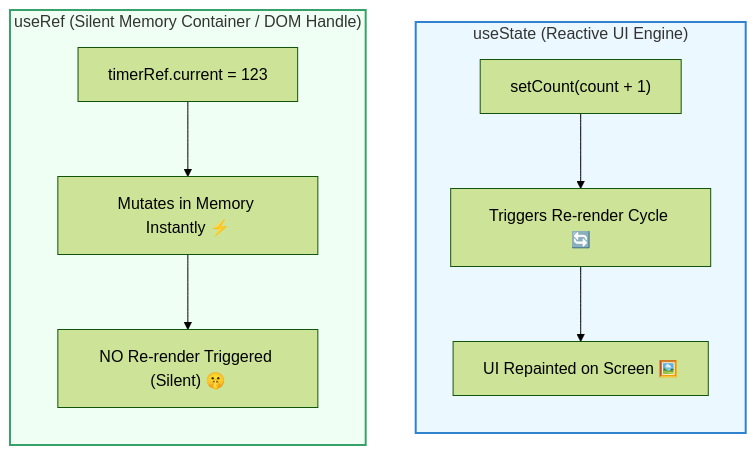
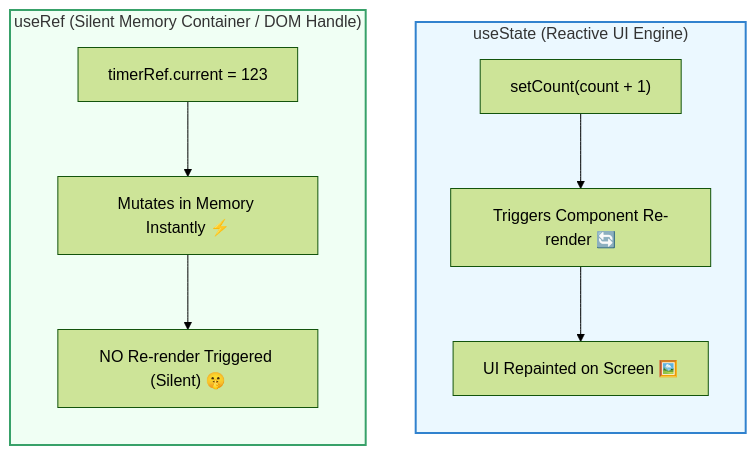
The diagram in src/courses/react/module-8-performance-patterns/03-useref-dom-actions.mdx (Ari-ICU/full-stack-short-coures), drawn with Mermaid (forest theme) before and after one commit. The commit also changed other lines of this file and 2 other files, not shown here.

````diff
--- a/src/courses/react/module-8-performance-patterns/03-useref-dom-actions.mdx
+++ b/src/courses/react/module-8-performance-patterns/03-useref-dom-actions.mdx
@@ -50,17 +50,17 @@
 ```mermaid
 flowchart TD
     subgraph useStateModel["useState (Reactive UI Engine)"]
         direction TB
-        S1["setCount(count + 1)"] --> S2["Triggers Re-render Cycle 🔄"]
+        S1["setCount(count + 1)"] --> S2["Triggers Component Re-render 🔄"]
         S2 --> S3["UI Repainted on Screen 🖼️"]
     end
 
     subgraph useRefModel["useRef (Silent Memory Container / DOM Handle)"]
         direction TB
         R1["timerRef.current = 123"] --> R2["Mutates in Memory Instantly ⚡"]
         R2 --> R3["NO Re-render Triggered (Silent) 🤫"]
     end
 
     style useStateModel fill:#ebf8ff,stroke:#3182ce,stroke-width:2px
     style useRefModel fill:#f0fff4,stroke:#38a169,stroke-width:2px
 ```
````
